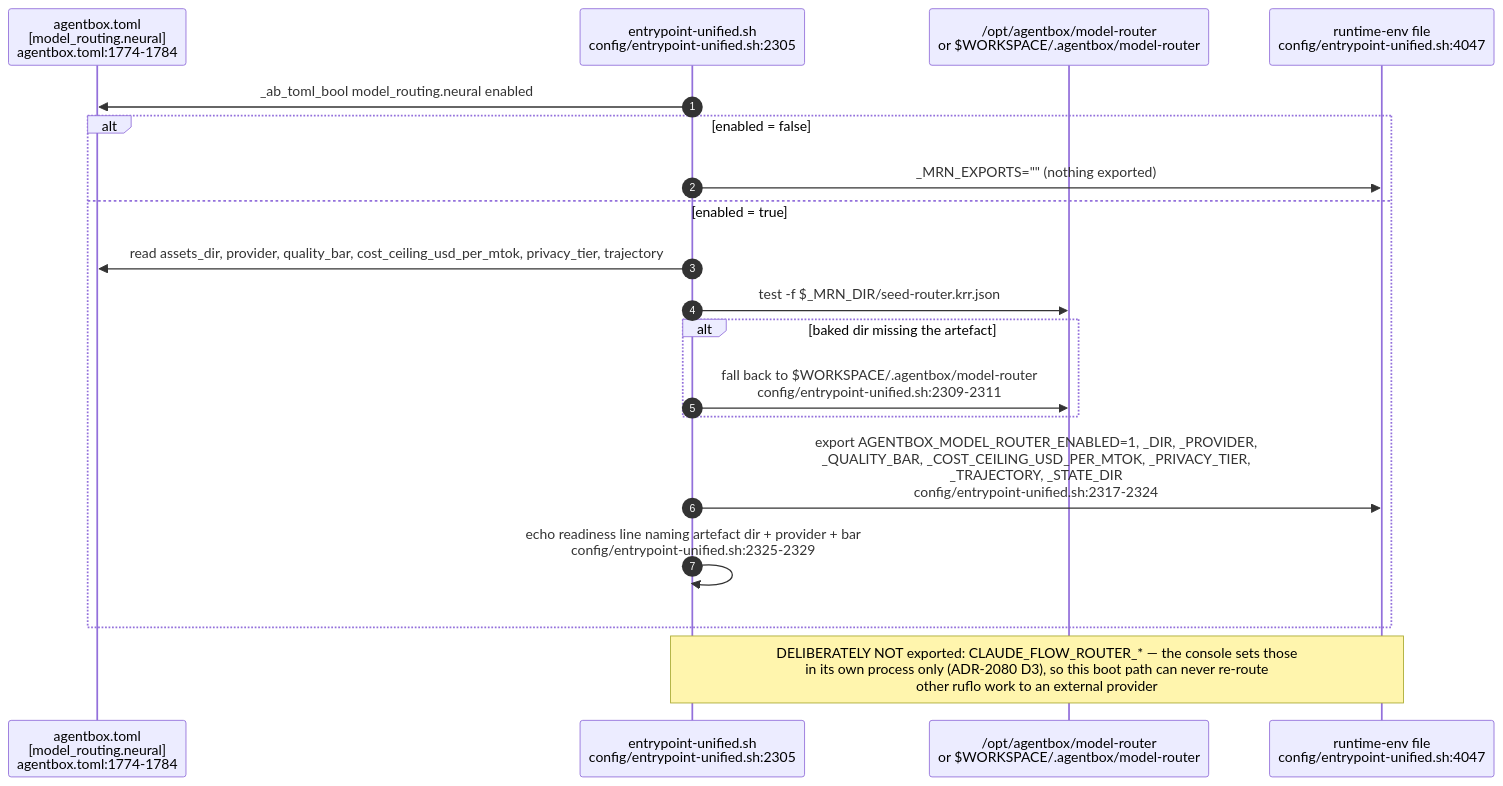
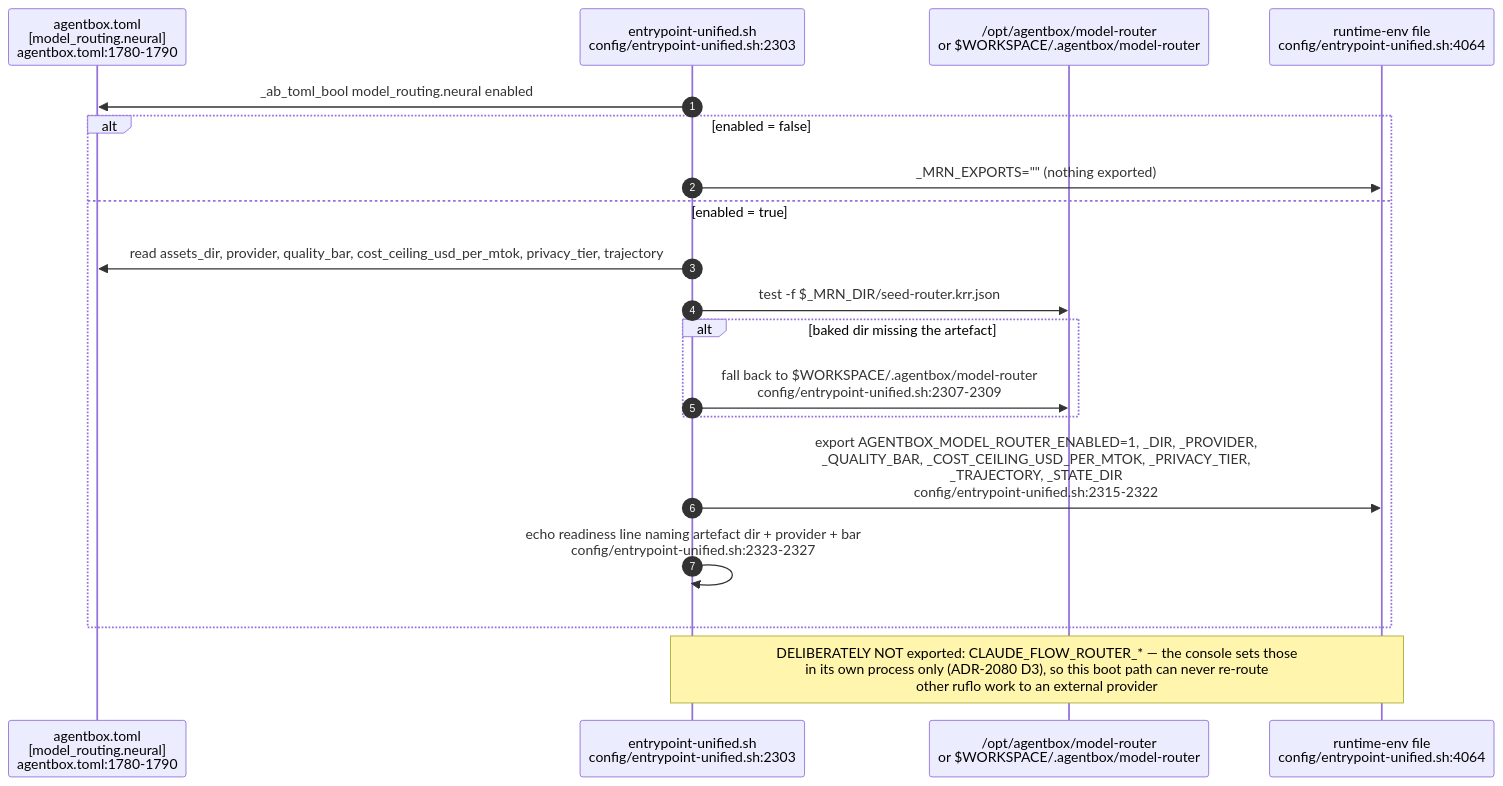
Before and after one commit to DreamLab-AI/VisionFlow: the second of 9 diagrams in docs/diagrams/agentbox/29-metaharness-router-console.md, drawn with Mermaid. The commit also changed other lines of this file and 154 other files, not shown here.

First line of the commit message:
docs(diagrams): re-stamp 154 topics whose every citation still reads the same text at the current heads

````diff
--- a/docs/diagrams/agentbox/29-metaharness-router-console.md
+++ b/docs/diagrams/agentbox/29-metaharness-router-console.md
@@ -69,22 +69,22 @@
 ```mermaid
 sequenceDiagram
     autonumber
-    participant TOML as agentbox.toml<br/>[model_routing.neural]<br/>agentbox.toml:1774-1784
-    participant EP as entrypoint-unified.sh<br/>config/entrypoint-unified.sh:2305
+    participant TOML as agentbox.toml<br/>[model_routing.neural]<br/>agentbox.toml:1780-1790
+    participant EP as entrypoint-unified.sh<br/>config/entrypoint-unified.sh:2303
     participant DISK as /opt/agentbox/model-router<br/>or $WORKSPACE/.agentbox/model-router
-    participant ENV as runtime-env file<br/>config/entrypoint-unified.sh:4047
+    participant ENV as runtime-env file<br/>config/entrypoint-unified.sh:4064
 
     EP->>TOML: _ab_toml_bool model_routing.neural enabled
     alt enabled = false
         EP->>ENV: _MRN_EXPORTS="" (nothing exported)
     else enabled = true
         EP->>TOML: read assets_dir, provider, quality_bar, cost_ceiling_usd_per_mtok, privacy_tier, trajectory
         EP->>DISK: test -f $_MRN_DIR/seed-router.krr.json
         alt baked dir missing the artefact
-            EP->>DISK: fall back to $WORKSPACE/.agentbox/model-router<br/>config/entrypoint-unified.sh:2309-2311
+            EP->>DISK: fall back to $WORKSPACE/.agentbox/model-router<br/>config/entrypoint-unified.sh:2307-2309
         end
-        EP->>ENV: export AGENTBOX_MODEL_ROUTER_ENABLED=1, _DIR, _PROVIDER,<br/>_QUALITY_BAR, _COST_CEILING_USD_PER_MTOK, _PRIVACY_TIER,<br/>_TRAJECTORY, _STATE_DIR<br/>config/entrypoint-unified.sh:2317-2324
-        EP->>EP: echo readiness line naming artefact dir + provider + bar<br/>config/entrypoint-unified.sh:2325-2329
+        EP->>ENV: export AGENTBOX_MODEL_ROUTER_ENABLED=1, _DIR, _PROVIDER,<br/>_QUALITY_BAR, _COST_CEILING_USD_PER_MTOK, _PRIVACY_TIER,<br/>_TRAJECTORY, _STATE_DIR<br/>config/entrypoint-unified.sh:2315-2322
+        EP->>EP: echo readiness line naming artefact dir + provider + bar<br/>config/entrypoint-unified.sh:2323-2327
     end
     Note over EP,ENV: DELIBERATELY NOT exported: CLAUDE_FLOW_ROUTER_* — the console sets those<br/>in its own process only (ADR-2080 D3), so this boot path can never re-route<br/>other ruflo work to an external provider
 ```
````
